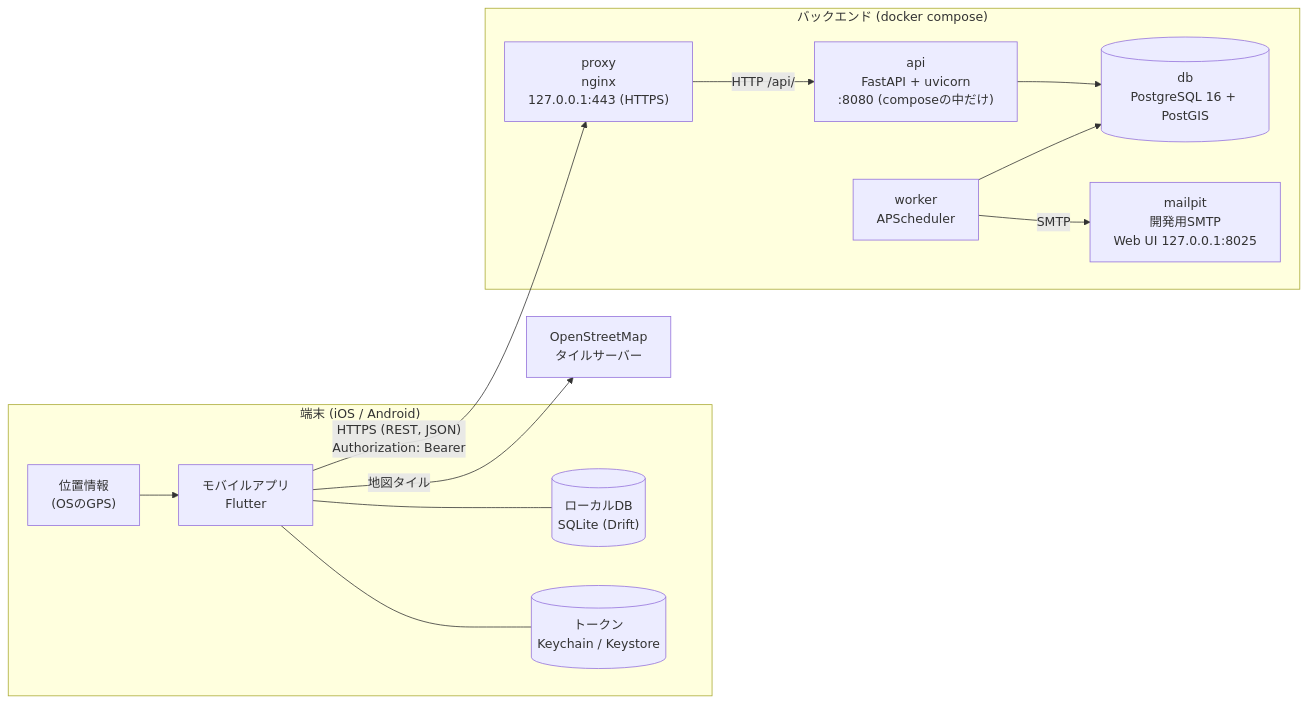
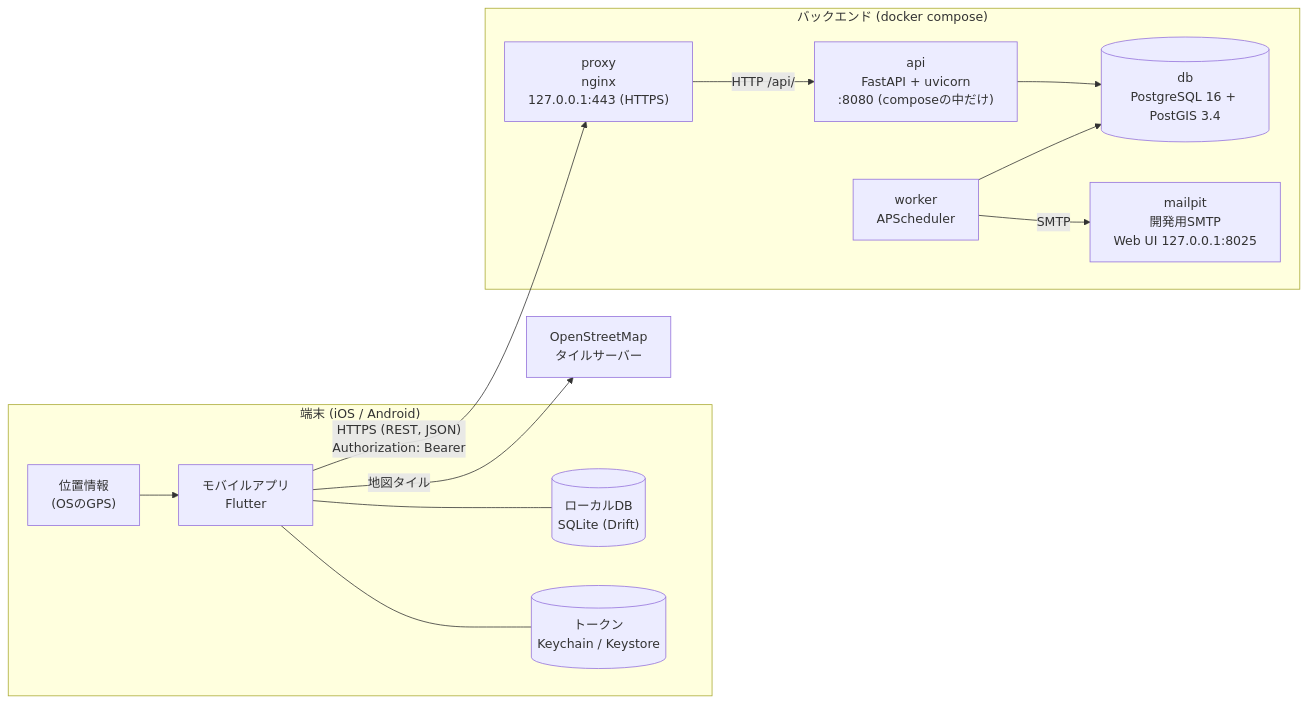
The first of 2 diagrams in docs/basic-design/system-overview.md (Yoshinori-Oda/osampo-tracker-public), drawn with Mermaid before and after one commit. The commit also changed other lines of this file and 6 other files, not shown here.

````diff
--- a/docs/basic-design/system-overview.md
+++ b/docs/basic-design/system-overview.md
@@ -13,29 +13,29 @@
 ```mermaid
 flowchart LR
     subgraph device["端末 (iOS / Android)"]
         app["モバイルアプリ<br/>Flutter"]
         sqlite[("ローカルDB<br/>SQLite (Drift)")]
         secure[("トークン<br/>Keychain / Keystore")]
         gps["位置情報<br/>(OSのGPS)"]
         app --- sqlite
         app --- secure
         gps --> app
     end
 
     subgraph backend["バックエンド (docker compose)"]
         proxy["proxy<br/>nginx<br/>127.0.0.1:443 (HTTPS)"]
         api["api<br/>FastAPI + uvicorn<br/>:8080 (composeの中だけ)"]
         worker["worker<br/>APScheduler"]
-        db[("db<br/>PostgreSQL 16 + PostGIS")]
+        db[("db<br/>PostgreSQL 16 + PostGIS 3.4")]
         mailpit["mailpit<br/>開発用SMTP<br/>Web UI 127.0.0.1:8025"]
         proxy -- "HTTP /api/" --> api
         api --> db
         worker --> db
         worker -- SMTP --> mailpit
     end
 
     osm["OpenStreetMap<br/>タイルサーバー"]
 
     app -- "HTTPS (REST, JSON)<br/>Authorization: Bearer" --> proxy
     app -- 地図タイル --> osm
 ```
````
